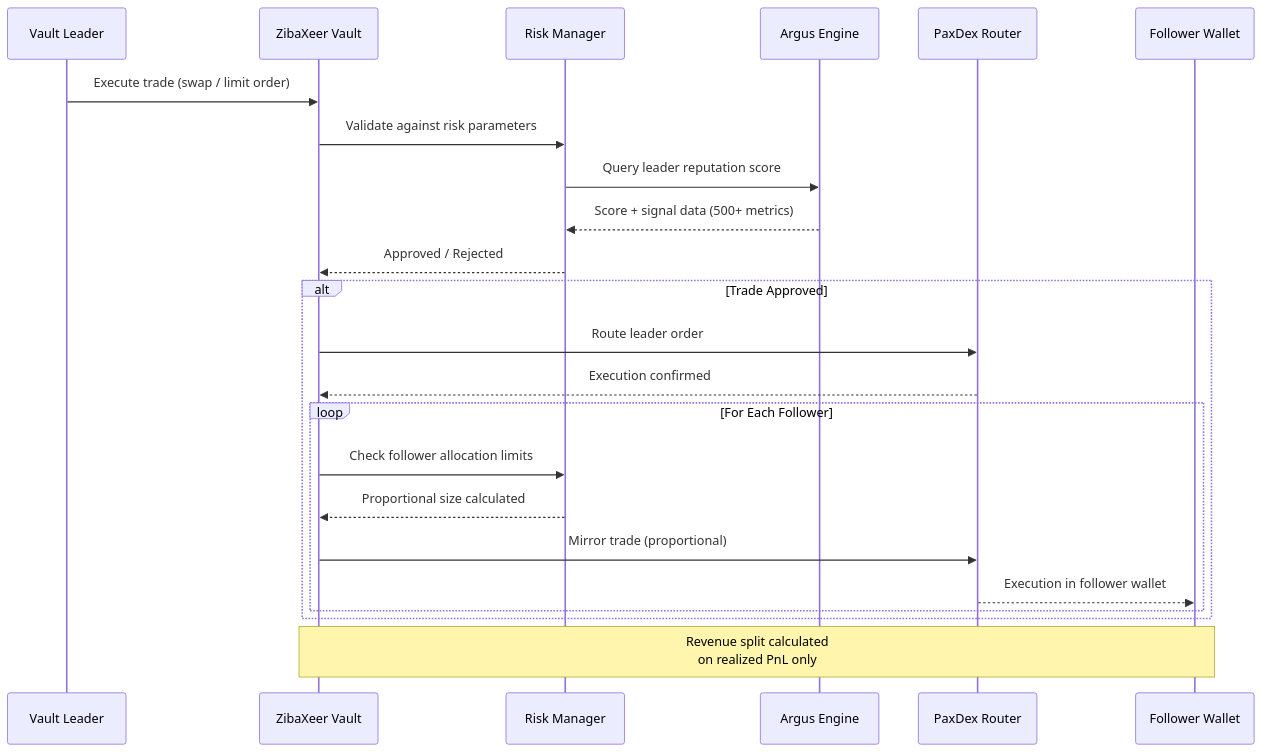
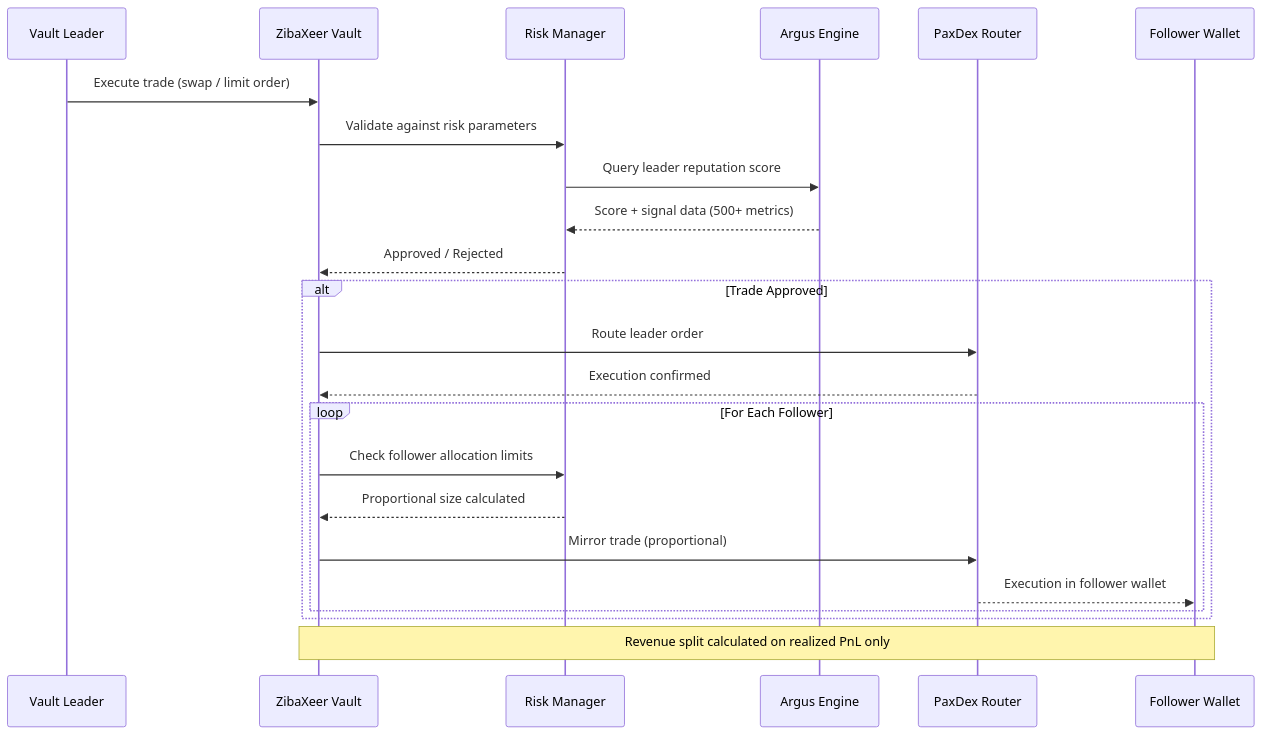
Before and after one commit to thetruesammyjay/ZibaXeer: the second of 7 diagrams in README.md, drawn with Mermaid. The commit also changed other lines of this file and 9 other files, not shown here.

````diff
--- a/README.md
+++ b/README.md
@@ -125,29 +125,29 @@
 ```mermaid
 sequenceDiagram
     participant Leader as Vault Leader
     participant Vault as ZibaXeer Vault
     participant Risk as Risk Manager
     participant Argus as Argus Engine
     participant PaxDex as PaxDex Router
     participant Follower as Follower Wallet
 
     Leader->>Vault: Execute trade (swap / limit order)
     Vault->>Risk: Validate against risk parameters
     Risk->>Argus: Query leader reputation score
     Argus-->>Risk: Score + signal data (500+ metrics)
     Risk-->>Vault: Approved / Rejected
 
     alt Trade Approved
         Vault->>PaxDex: Route leader order
         PaxDex-->>Vault: Execution confirmed
 
         loop For Each Follower
             Vault->>Risk: Check follower allocation limits
             Risk-->>Vault: Proportional size calculated
             Vault->>PaxDex: Mirror trade (proportional)
             PaxDex-->>Follower: Execution in follower wallet
         end
     end
 
-    Note over Vault,Follower: Revenue split calculated<br/>on realized PnL only
+    Note over Vault,Follower: Revenue split calculated on realized PnL only
 ```
````
